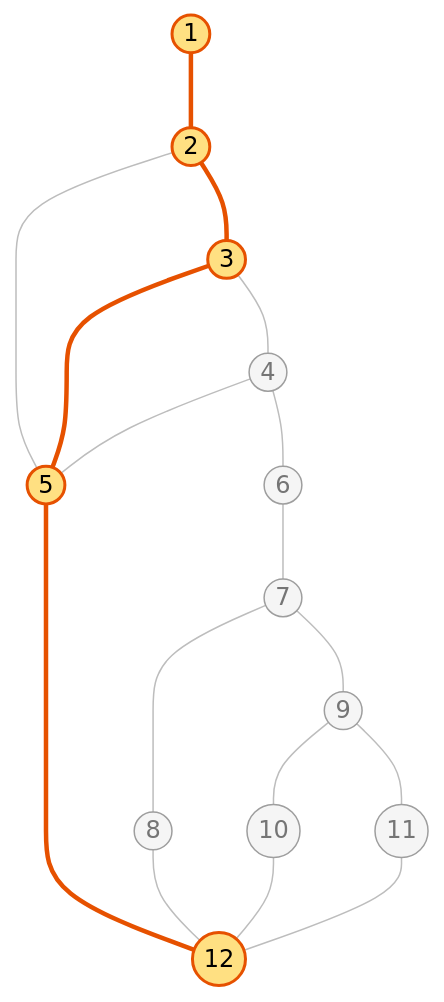
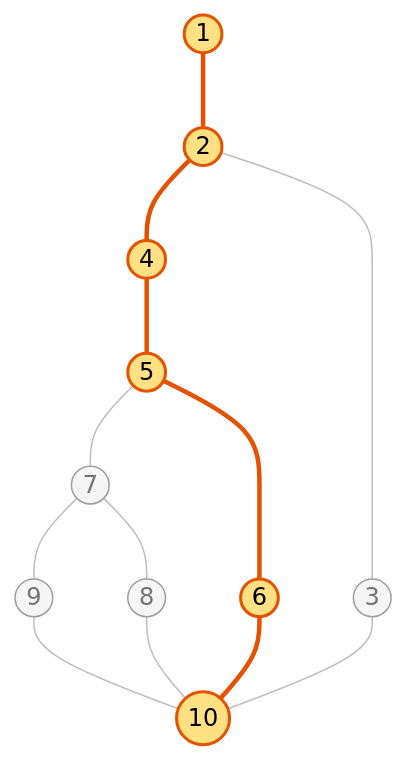
The third of 5 diagrams in tests/docs/caja_blanca_05_acceso_evento_cerrado.md (bloedige/itdb_ctf), drawn with Mermaid before and after one commit. The commit also changed other lines of this file and 47 other files, not shown here.

````diff
--- a/tests/docs/caja_blanca_05_acceso_evento_cerrado.md
+++ b/tests/docs/caja_blanca_05_acceso_evento_cerrado.md
@@ -126,24 +122,20 @@
 ```mermaid
 graph TD
     n1((1)) --- n2((2))
-    n2 --- n5((5))
-    n5 --- n12((12))
-    n2 --- n3((3))
-    n3 --- n5
-    n3 --- n4((4))
-    n4 --- n5
-    n4 --- n6((6))
-    n6 --- n7((7))
-    n7 --- n8((8))
-    n8 --- n12
+    n2 --- n4((4))
+    n4 --- n5((5))
+    n5 --- n7((7))
     n7 --- n9((9))
     n9 --- n10((10))
-    n10 --- n12
-    n9 --- n11((11))
-    n11 --- n12
+    n7 --- n8((8))
+    n8 --- n10
+    n5 --- n6((6))
+    n6 --- n10
+    n2 --- n3((3))
+    n3 --- n10
     classDef default fill:#f5f5f5,stroke:#9e9e9e,color:#757575
     classDef camino fill:#ffe082,stroke:#e65100,stroke-width:2px,color:#000
-    class n1,n2,n3,n5,n12 camino
+    class n1,n2,n4,n5,n6,n10 camino
     linkStyle default stroke:#bdbdbd,stroke-width:1px
-    linkStyle 0,3,4,2 stroke:#e65100,stroke-width:3px
+    linkStyle 0,1,2,8,9 stroke:#e65100,stroke-width:3px
 ```
````
